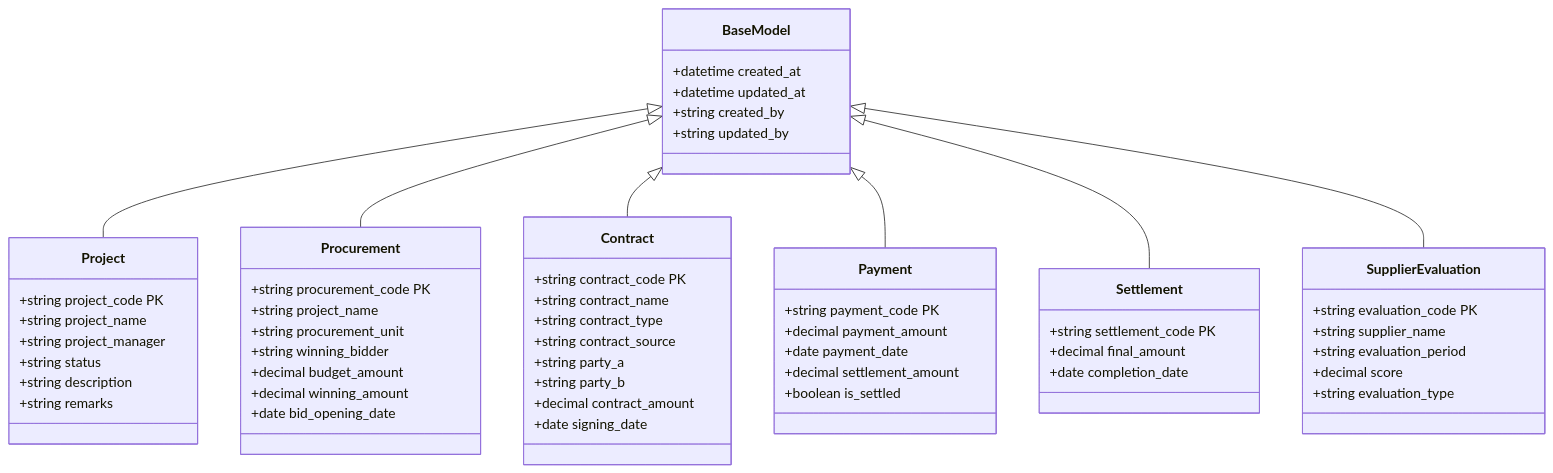
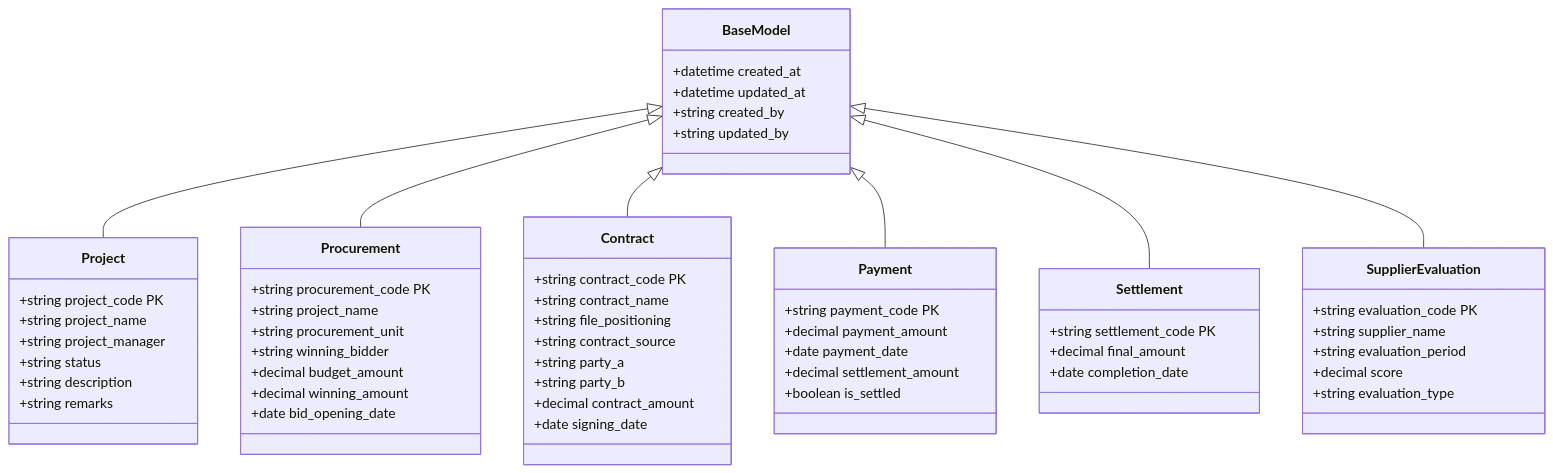
Before and after one commit to huangfeng15/taizhang: the fourth of 7 diagrams in docs/系统架构分析文档.md, drawn with Mermaid. The commit also changed other lines of this file and 46 other files, not shown here.

````diff
--- a/docs/系统架构分析文档.md
+++ b/docs/系统架构分析文档.md
@@ -218,68 +218,68 @@
 ```mermaid
 classDiagram
     class BaseModel {
         +datetime created_at
         +datetime updated_at
         +string created_by
         +string updated_by
     }
     
     class Project {
         +string project_code PK
         +string project_name
         +string project_manager
         +string status
         +string description
         +string remarks
     }
     
     class Procurement {
         +string procurement_code PK
         +string project_name
         +string procurement_unit
         +string winning_bidder
         +decimal budget_amount
         +decimal winning_amount
         +date bid_opening_date
     }
     
     class Contract {
         +string contract_code PK
         +string contract_name
-        +string contract_type
+        +string file_positioning
         +string contract_source
         +string party_a
         +string party_b
         +decimal contract_amount
         +date signing_date
     }
     
     class Payment {
         +string payment_code PK
         +decimal payment_amount
         +date payment_date
         +decimal settlement_amount
         +boolean is_settled
     }
     
     class Settlement {
         +string settlement_code PK
         +decimal final_amount
         +date completion_date
     }
     
     class SupplierEvaluation {
         +string evaluation_code PK
         +string supplier_name
         +string evaluation_period
         +decimal score
         +string evaluation_type
     }
     
     BaseModel <|-- Project
     BaseModel <|-- Procurement
     BaseModel <|-- Contract
     BaseModel <|-- Payment
     BaseModel <|-- Settlement
     BaseModel <|-- SupplierEvaluation
 ```
````
